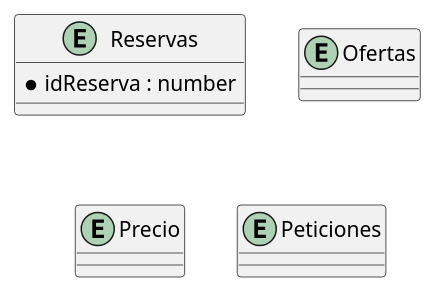
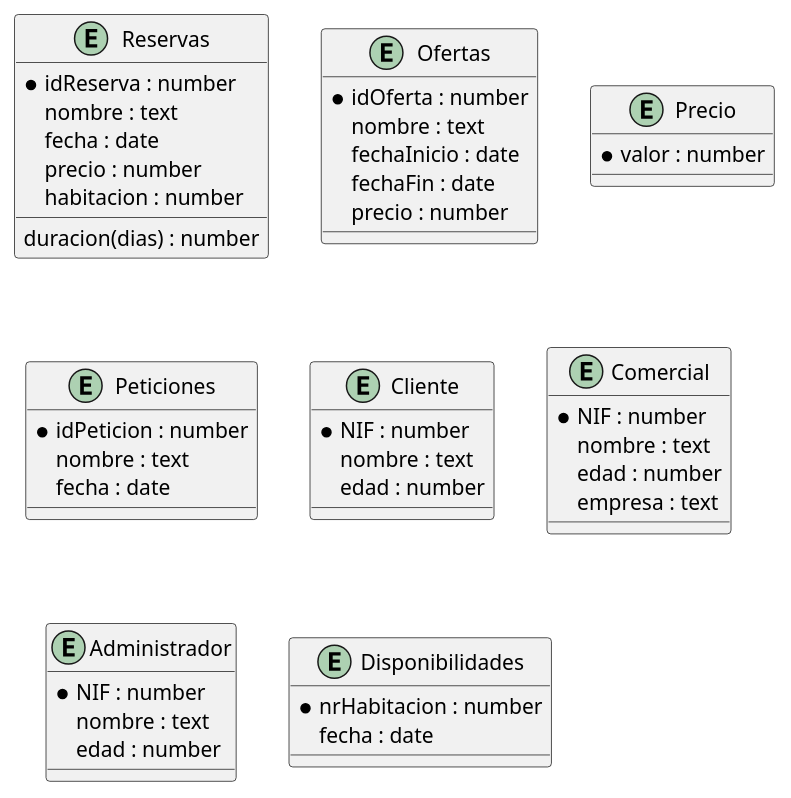
One commit to it557/INRE-UAL-BLANCO-2022 changed the diagram in lab1/src/supuesto3E-R.puml. Above: the diagram before and after it, drawn with PlantUML. The commit also changed 1 other file, not shown here.

Commit message:
Avances con los diagramas E-R

```diff
--- a/lab1/src/supuesto3E-R.puml
+++ b/lab1/src/supuesto3E-R.puml
@@ -1,27 +1,54 @@
 @startuml supuesto3E-R
 
 entity "Reservas" as Reservas{
     * idReserva : number
-
+    nombre : text
+    fecha : date
+    duracion(dias) : number
+    precio : number
+    habitacion : number
 }
 
 entity "Ofertas" as Ofertas{
-
+    * idOferta : number
+    nombre : text
+    fechaInicio : date
+    fechaFin : date
+    precio : number
 }
 
 entity "Precio" as Precio{
-
+    * valor : number
 }
 
 entity "Peticiones" as Peticiones{
-
+    * idPeticion : number
+    nombre : text
+    fecha : date
 }
 
+entity "Cliente" as Cliente{
+    * NIF : number
+    nombre : text
+    edad : number
+}
 
+entity "Comercial" as Comercial{
+    * NIF : number
+    nombre : text
+    edad : number
+    empresa : text
+}
 
+entity "Administrador" as Administrador{
+    * NIF : number
+    nombre : text
+    edad : number
+}
 
-
-
-
+entity "Disponibilidades" as Disponibilidades{
+    * nrHabitacion : number
+    fecha : date
+}
 
 @enduml
```
